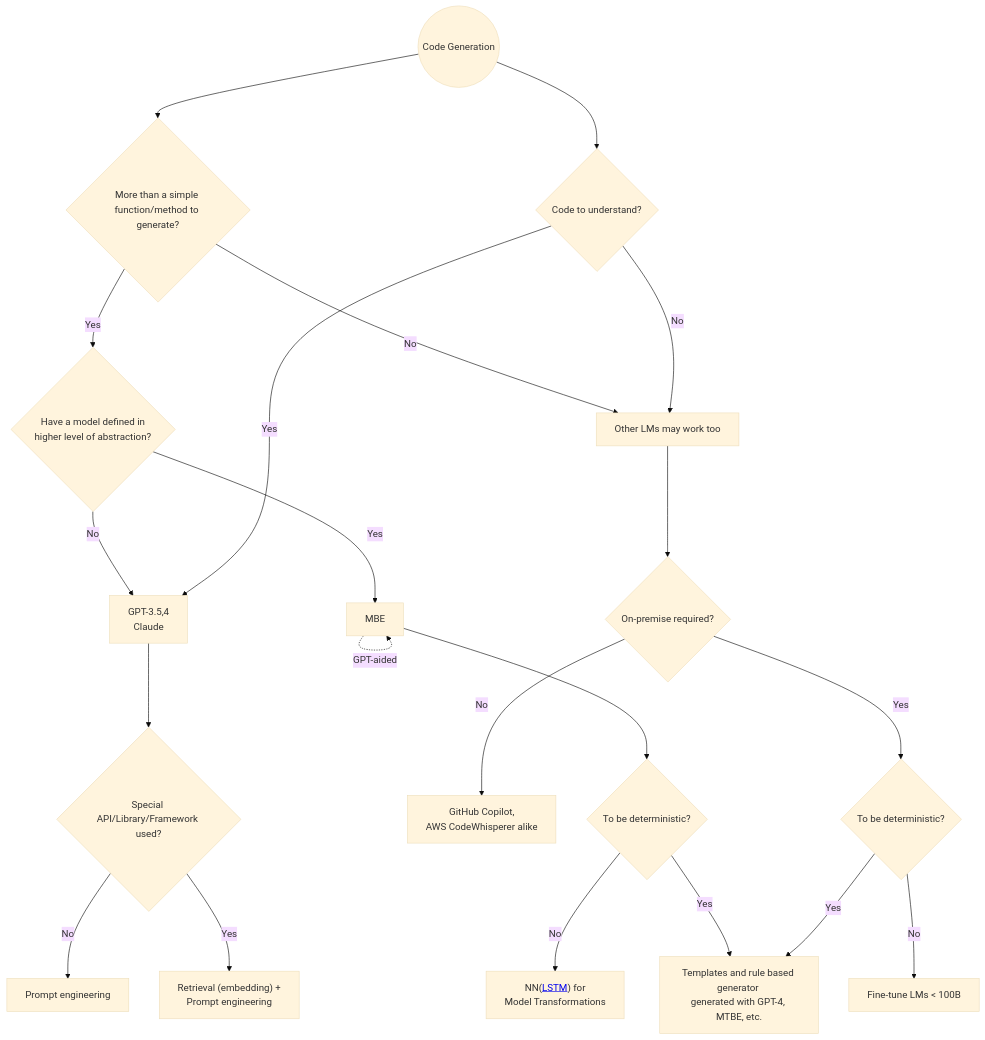
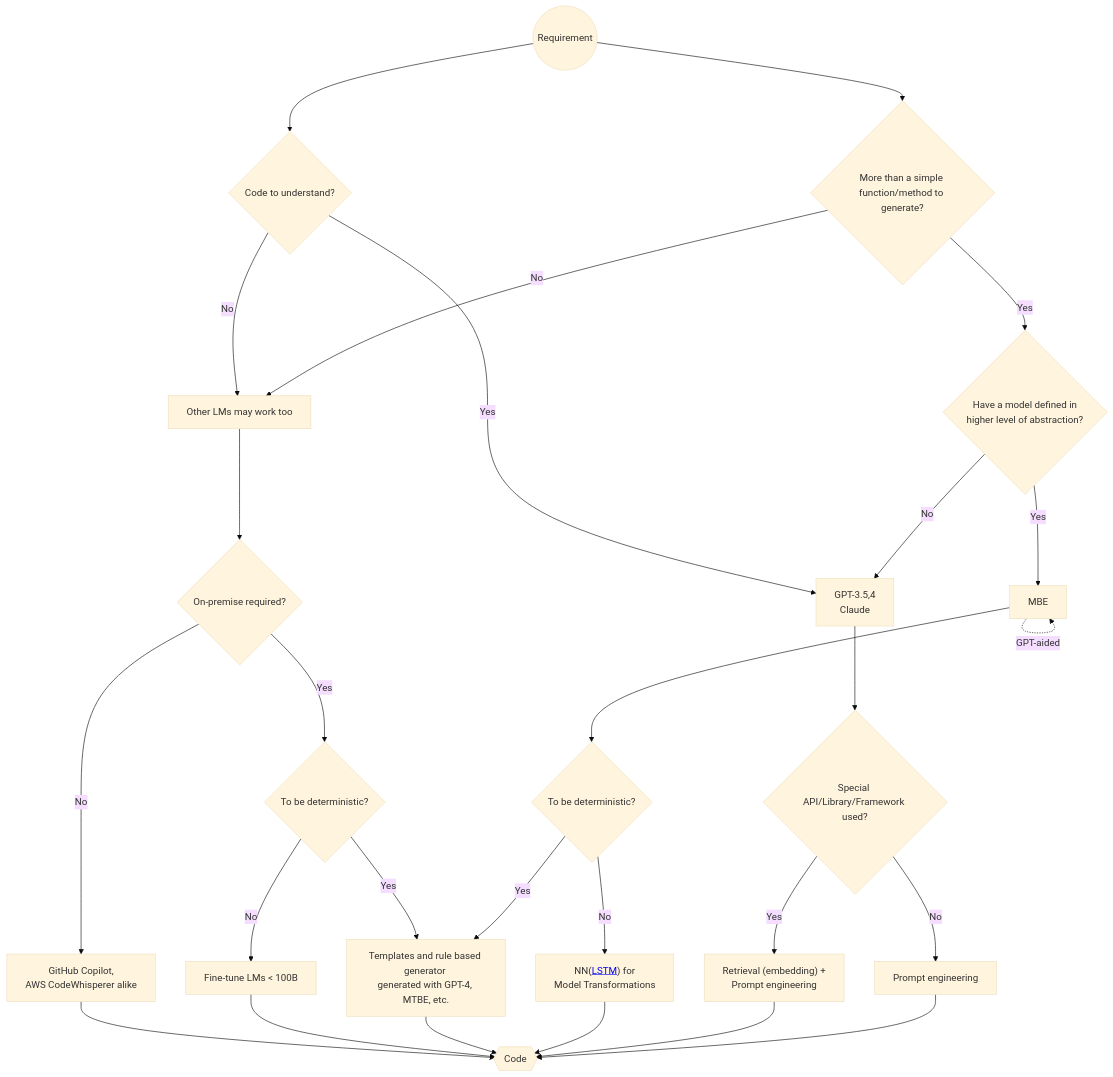
One commit to AI-LLM/ai-llm.github.io changed the diagram in Code-LLM-alternatives.md. Above: the diagram before and after it, drawn with Mermaid (base theme).

````diff
--- a/Code-LLM-alternatives.md
+++ b/Code-LLM-alternatives.md
@@ -612,23 +612,29 @@
 ```mermaid
 graph TD;
-    S((Code Generation))-->Q1{"More than a simple \nfunction/method to generate?"};
+    S((Requirement))-->Q1{"More than a simple \nfunction/method to generate?"};
     S-->Q2{Code to understand?};
     Q1 -- Yes --> Q1a{"Have a model defined in \nhigher level of abstraction?"}
     Q1a -- No --> P1["GPT-3.5,4\nClaude"];
     Q1a -- Yes --> P100[MBE]
     P100 -. GPT-aided .-> P100
     P100 --> Q1b{To be deterministic?} 
     Q1b -- No --> P12["NN(<a target='_blank' href='https://modeling-languages.com/lstm-neural-network-model-transformations/'>LSTM</a>) for \nModel Transformations"]
     Q1b -- Yes --> P21
     Q1 -- No -->P2[Other LMs may work too];
     Q2 -- Yes -->P1
     Q2 -- No -->P2;
     P1 --> Q3{"Special \nAPI/Library/Framework used?"};
     Q3 -- No -->P10[Prompt engineering];
     Q3 -- Yes -->P11["Retrieval (embedding) + \nPrompt engineering"];
     P2 --> Q4{On-premise required?};
     Q4 -- Yes --> Q5{To be deterministic?};
     Q4 -- No --> P23["GitHub Copilot, \nAWS CodeWhisperer alike"]
     Q5 -- Yes --> P21["Templates and rule based generator \ngenerated with GPT-4, MTBE, etc."]
     Q5 -- No --> P22[Fine-tune LMs < 100B]
+    P10 --> Code{{Code}}
+    P11 --> Code
+    P12 --> Code
+    P21 --> Code
+    P22 --> Code
+    P23 --> Code
 ```
````
